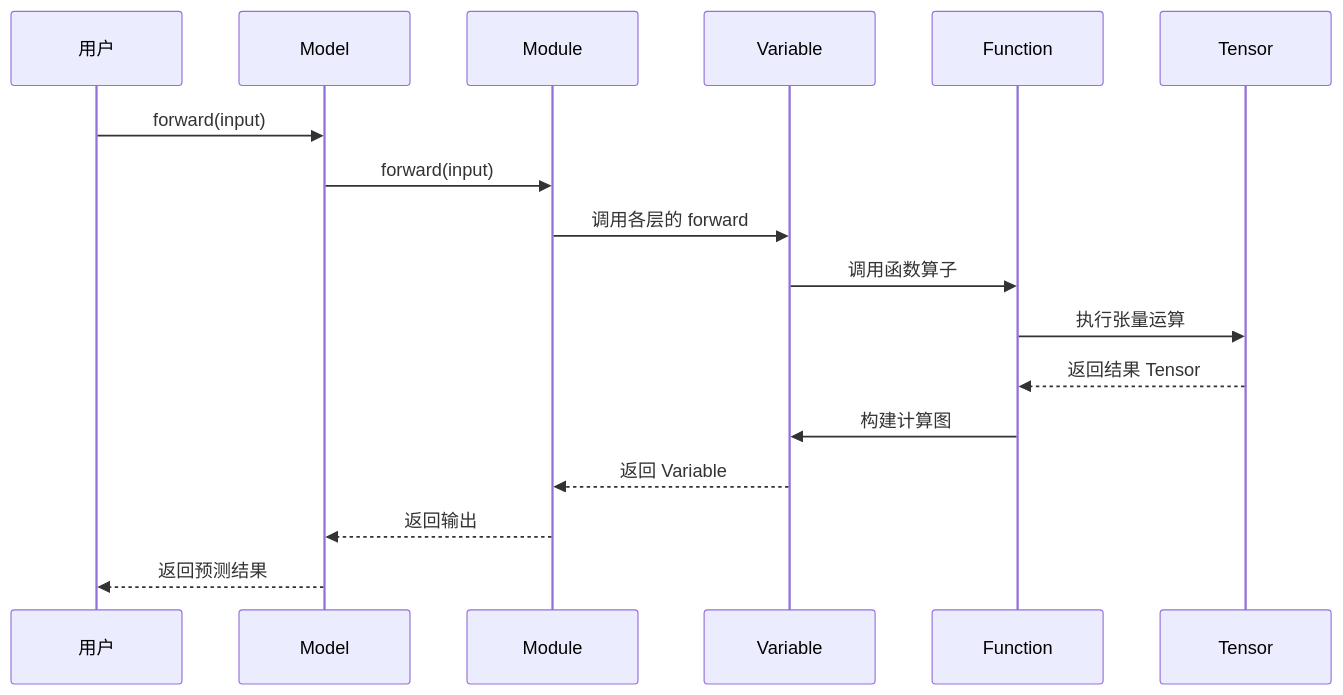
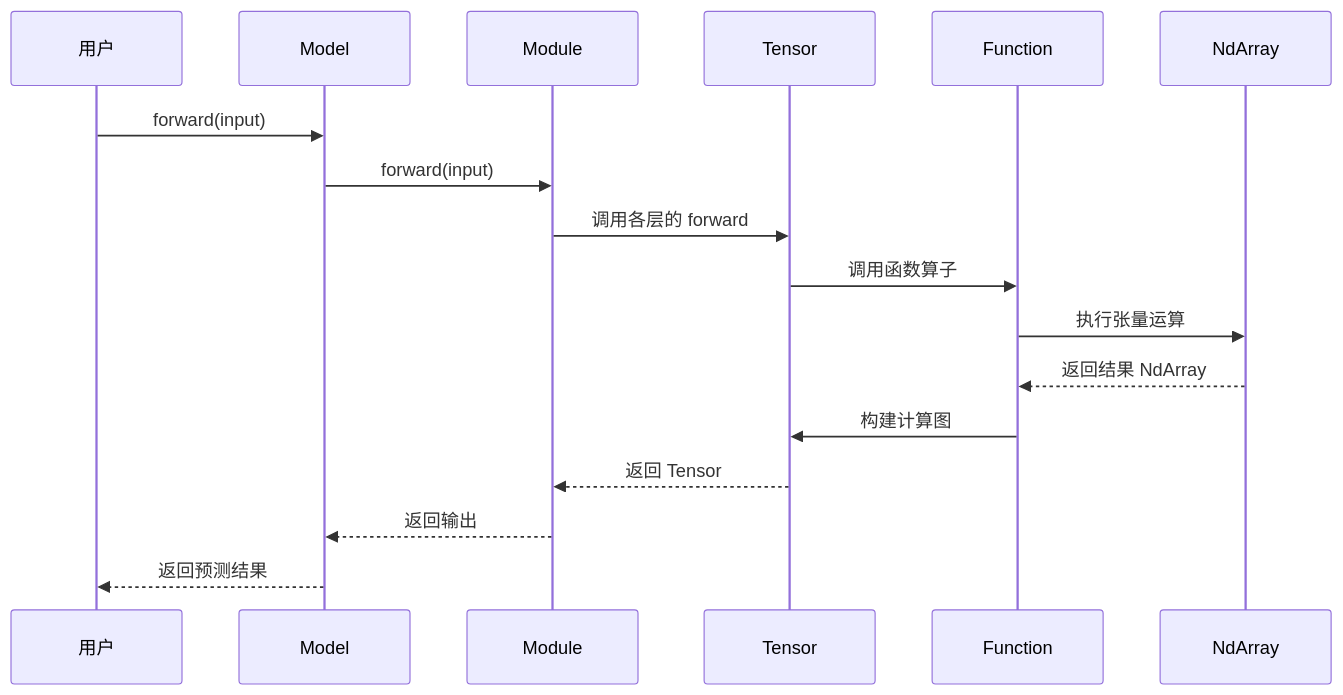
The sixth of 7 diagrams in docs/方案.md (Leavesfly/tinyTorch), drawn with Mermaid before and after one commit. The commit also changed other lines of this file and 47 other files, not shown here.

````diff
--- a/docs/方案.md
+++ b/docs/方案.md
@@ -770,20 +770,20 @@
 ```mermaid
 sequenceDiagram
     participant U as 用户
     participant M as Model
     participant NN as Module
-    participant V as Variable
+    participant V as Tensor
     participant F as Function
-    participant T as Tensor
+    participant T as NdArray
     
     U->>M: forward(input)
     M->>NN: forward(input)
     NN->>V: 调用各层的 forward
     V->>F: 调用函数算子
     F->>T: 执行张量运算
-    T-->>F: 返回结果 Tensor
+    T-->>F: 返回结果 NdArray
     F->>V: 构建计算图
-    V-->>NN: 返回 Variable
+    V-->>NN: 返回 Tensor
     NN-->>M: 返回输出
     M-->>U: 返回预测结果
 ```
````
